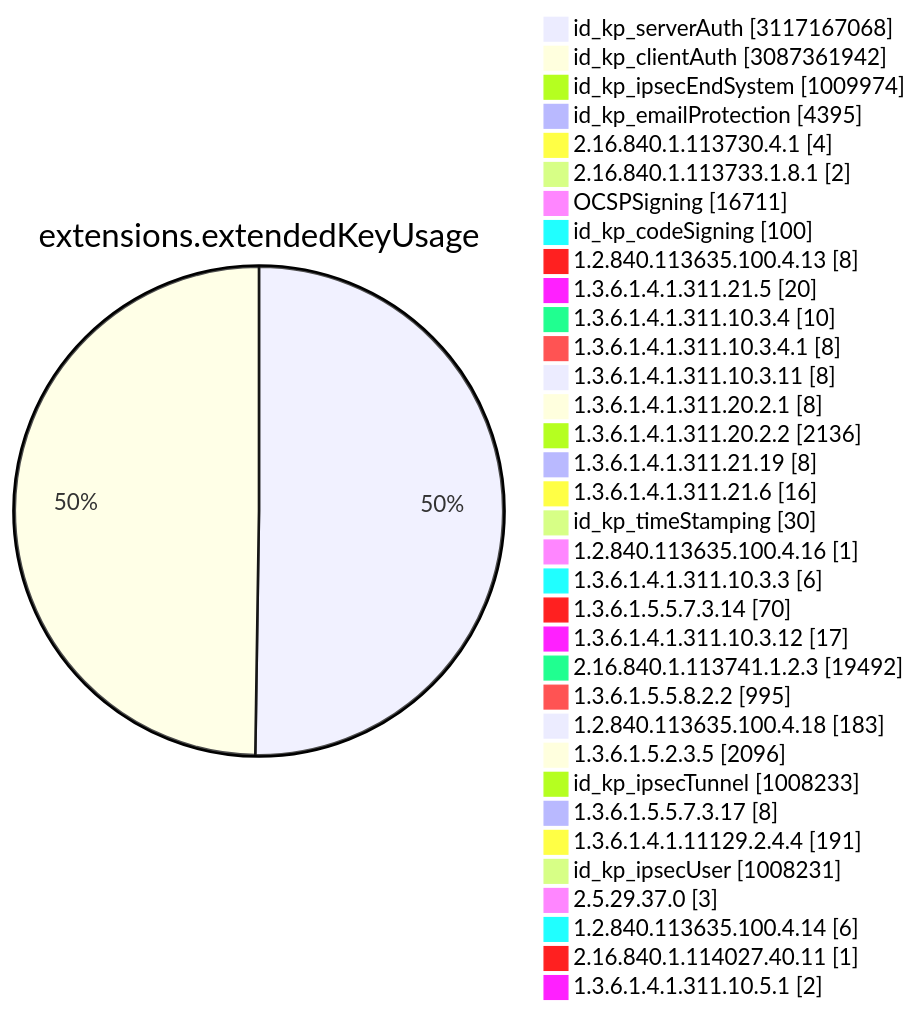
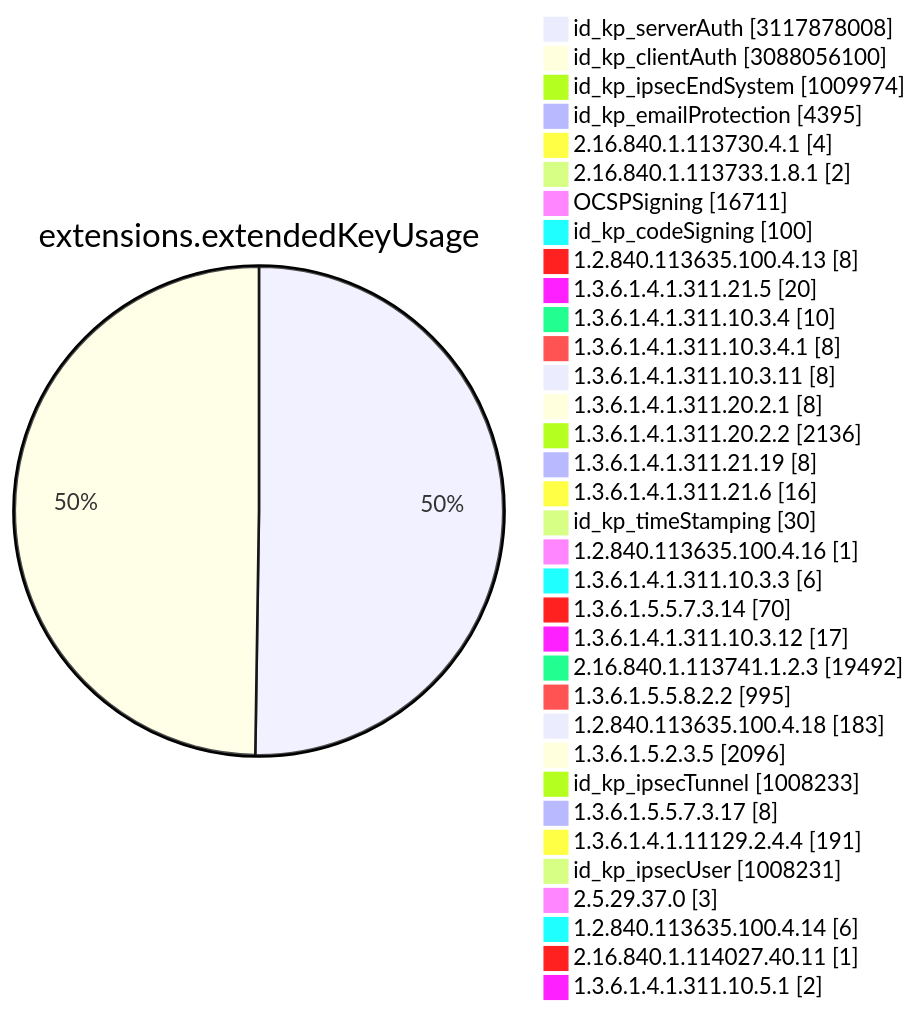
Before and after one commit to christiankrug/ctmonitor_visualization: diagram 11 of 15 in TOTAL/README.md, drawn with Mermaid. The commit also changed other lines of this file, not shown here.

````diff
--- a/TOTAL/README.md
+++ b/TOTAL/README.md
@@ -4119,38 +4119,38 @@
 ```mermaid
 pie showData
 title extensions.extendedKeyUsage
-"id_kp_serverAuth" :3117167068
-"id_kp_clientAuth" :3087361942
+"id_kp_serverAuth" :3117878008
+"id_kp_clientAuth" :3088056100
 "id_kp_ipsecEndSystem" :1009974
 "id_kp_emailProtection" :4395
 "2.16.840.1.113730.4.1" :4
 "2.16.840.1.113733.1.8.1" :2
 "OCSPSigning" :16711
 "id_kp_codeSigning" :100
 "1.2.840.113635.100.4.13" :8
 "1.3.6.1.4.1.311.21.5" :20
 "1.3.6.1.4.1.311.10.3.4" :10
 "1.3.6.1.4.1.311.10.3.4.1" :8
 "1.3.6.1.4.1.311.10.3.11" :8
 "1.3.6.1.4.1.311.20.2.1" :8
 "1.3.6.1.4.1.311.20.2.2" :2136
 "1.3.6.1.4.1.311.21.19" :8
 "1.3.6.1.4.1.311.21.6" :16
 "id_kp_timeStamping" :30
 "1.2.840.113635.100.4.16" :1
 "1.3.6.1.4.1.311.10.3.3" :6
 "1.3.6.1.5.5.7.3.14" :70
 "1.3.6.1.4.1.311.10.3.12" :17
 "2.16.840.1.113741.1.2.3" :19492
 "1.3.6.1.5.5.8.2.2" :995
 "1.2.840.113635.100.4.18" :183
 "1.3.6.1.5.2.3.5" :2096
 "id_kp_ipsecTunnel" :1008233
 "1.3.6.1.5.5.7.3.17" :8
 "1.3.6.1.4.1.11129.2.4.4" :191
 "id_kp_ipsecUser" :1008231
 "2.5.29.37.0" :3
 "1.2.840.113635.100.4.14" :6
 "2.16.840.1.114027.40.11" :1
 "1.3.6.1.4.1.311.10.5.1" :2
 ```
````
